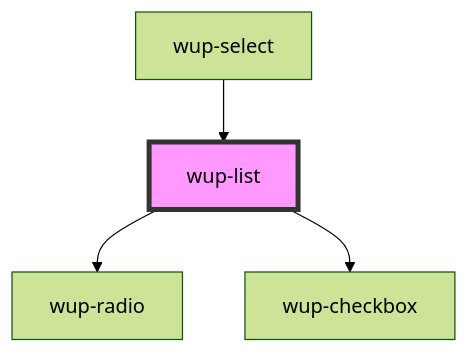
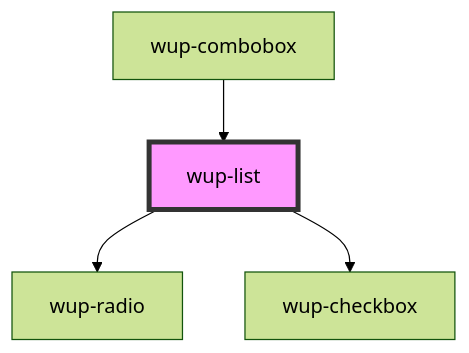
Before and after one commit to smeup/ketchup: the diagram in packages/ketchup/src/components/wup-list/readme.md, drawn with Mermaid (forest theme). The commit also changed other lines of this file and 2 other files, not shown here.

Commit message:
Updated list readme, removed old entry from App.vue menu, handled properly data props when selecting item in list.

````diff
--- a/packages/ketchup/src/components/wup-list/readme.md
+++ b/packages/ketchup/src/components/wup-list/readme.md
@@ -43,7 +43,7 @@
 ```mermaid
 graph TD;
   wup-list --> wup-radio
   wup-list --> wup-checkbox
-  wup-select --> wup-list
+  wup-combobox --> wup-list
   style wup-list fill:#f9f,stroke:#333,stroke-width:4px
 ```
````
